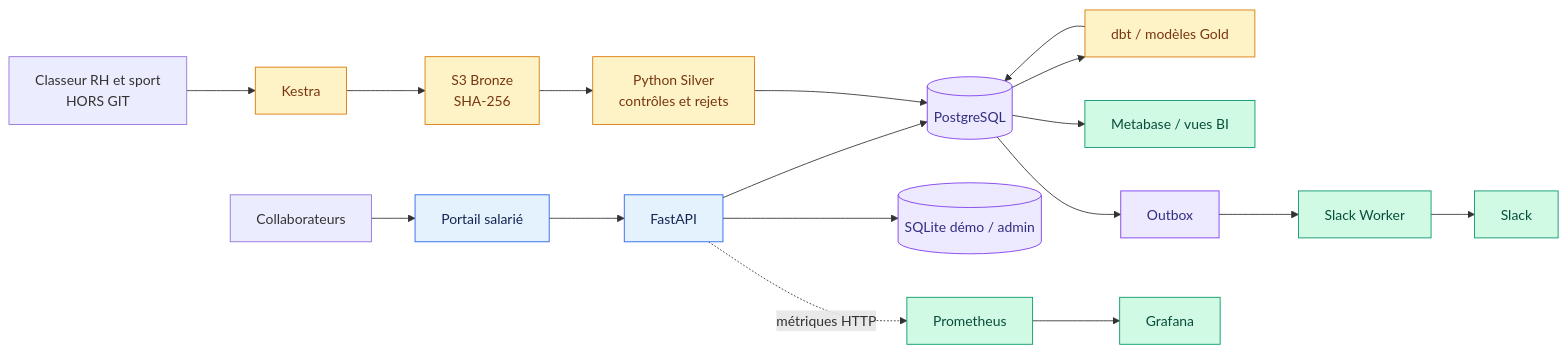
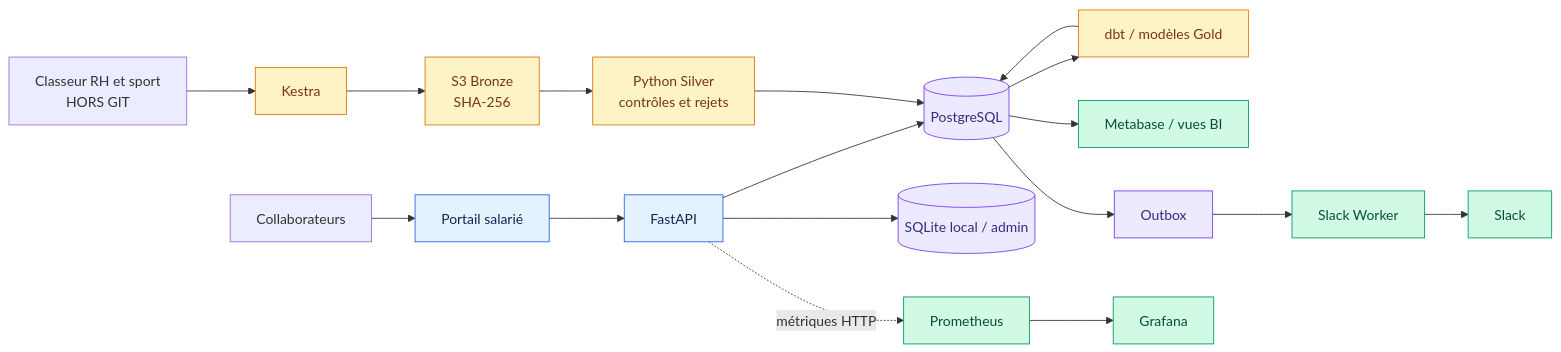
Before and after one commit to djibrilba38/OPC_SportPulse: the diagram in README.md, drawn with Mermaid. The commit also changed other lines of this file, not shown here.

````diff
--- a/README.md
+++ b/README.md
@@ -57,31 +56,31 @@
 ```mermaid
 flowchart LR
     EMP[Collaborateurs] --> PORTAL[Portail salarié]
     PORTAL --> API[FastAPI]
     API --> PG[(PostgreSQL)]
-    API --> DEMO[(SQLite démo / admin)]
+    API --> DEMO[(SQLite local / admin)]
 
     RH[Classeur RH et sport\nHORS GIT] --> KE[Kestra]
     KE --> BR[S3 Bronze\nSHA-256]
     BR --> SI[Python Silver\ncontrôles et rejets]
     SI --> PG
     PG --> DBT[dbt / modèles Gold]
     DBT --> PG
 
     PG --> MB[Metabase / vues BI]
     PG --> OUT[Outbox]
     OUT --> WORKER[Slack Worker]
     WORKER --> SLACK[Slack]
 
     API -. métriques HTTP .-> PROM[Prometheus]
     PROM --> GRAF[Grafana]
 
     classDef app fill:#E3F2FD,stroke:#2563EB,color:#172554;
     classDef data fill:#EDE9FE,stroke:#7C3AED,color:#312E81;
     classDef output fill:#D1FAE5,stroke:#059669,color:#064E3B;
     classDef batch fill:#FEF3C7,stroke:#D97706,color:#78350F;
     class API,PORTAL app;
     class PG,DEMO,OUT data;
     class KE,BR,SI,DBT batch;
     class MB,WORKER,SLACK,PROM,GRAF output;
 ```
````
